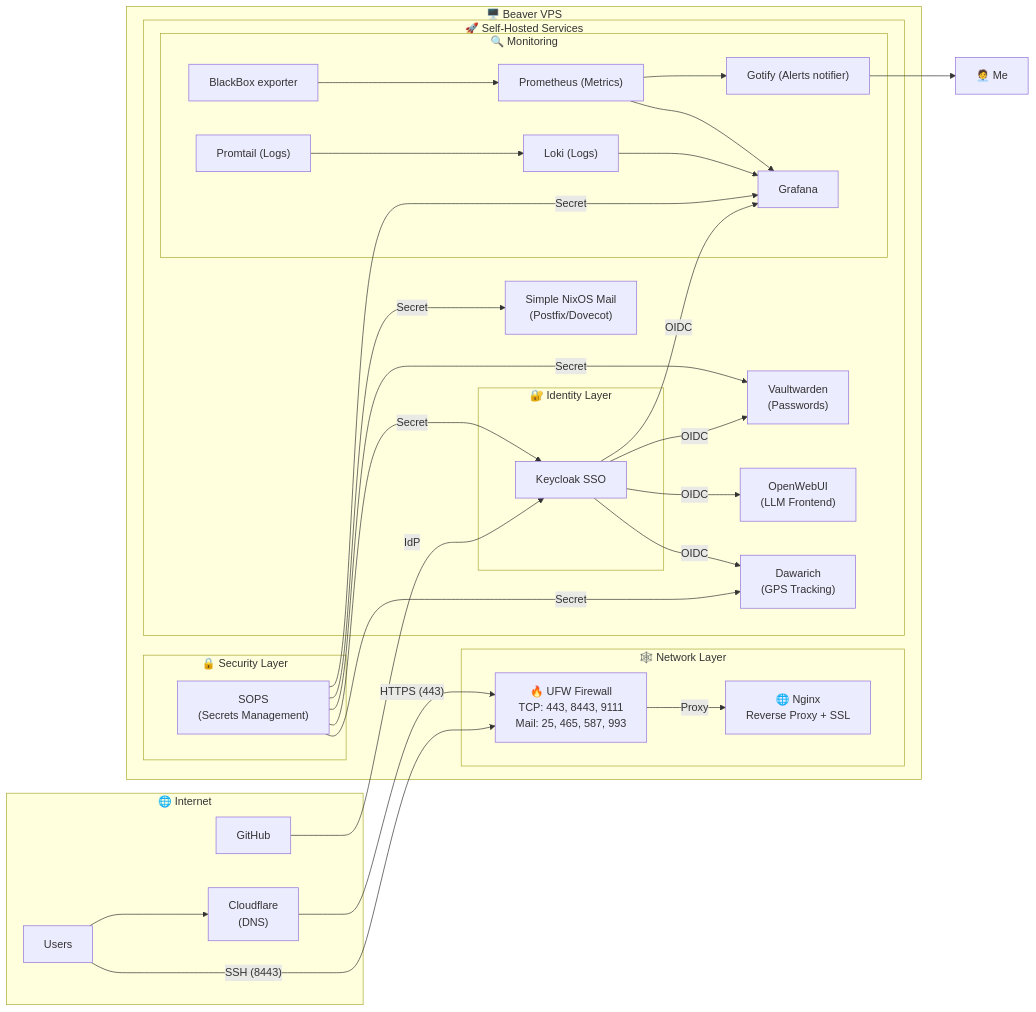
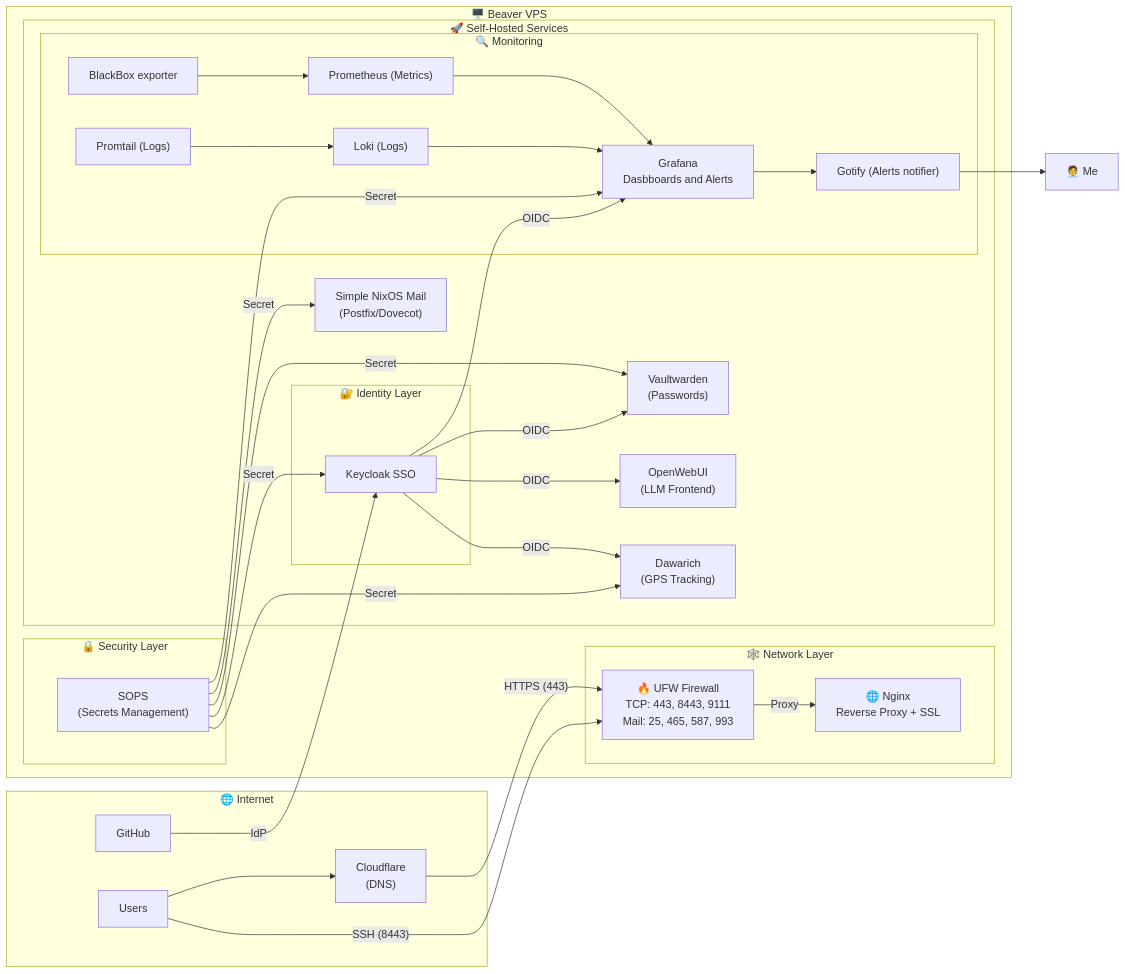
Before and after one commit to JustAlternate/nixcfg: the diagram in README.md, drawn with Mermaid. The commit also changed other lines of this file and 3 other files, not shown here.

````diff
--- a/README.md
+++ b/README.md
@@ -30,76 +33,76 @@
 ```mermaid
 flowchart LR
     Me["🧑‍💼 Me"]
     subgraph Internet["🌐 Internet"]
         Users["Users"]
         GitHub["GitHub"]
         Cloudflare["Cloudflare<br/>(DNS)"]
     end
 
     subgraph Beaver["🖥️ Beaver VPS"]
         
         subgraph Network["🕸️ Network Layer"]
             Firewall["🔥 UFW Firewall<br/>TCP: 443, 8443, 9111<br/>Mail: 25, 465, 587, 993"]
             Nginx["🌐 Nginx<br/>Reverse Proxy + SSL"]
         end
 
         subgraph Security["🔒 Security Layer"]
             Sops["SOPS<br/>(Secrets Management)"]
         end
 
         subgraph Services["🚀 Self-Hosted Services"]
             Vaultwarden["Vaultwarden<br/>(Passwords)"]
             OpenWebUI["OpenWebUI<br/>(LLM Frontend)"]
             Mail["Simple NixOS Mail<br/>(Postfix/Dovecot)"]
             Dawarich["Dawarich<br/>(GPS Tracking)"]
 
             subgraph Monitoring["🔍 Monitoring"]
                 Gotify["Gotify (Alerts notifier)"]
                 BlackBox["BlackBox exporter"]
                 Promtail["Promtail (Logs)"]
                 Loki["Loki (Logs)"]
                 Prometheus["Prometheus (Metrics)"]
-                Grafana["Grafana<br/>"]
+                Grafana["Grafana<br/>Dasbboards and Alerts"]
             end
 
             subgraph Auth["🔐 Identity Layer"]
                 Keycloak["Keycloak SSO<br/>"]
             end
         end
     end
 
     %% External Traffic
     Users --> Cloudflare
     Cloudflare -->|"HTTPS (443)"| Firewall
     Users -->|"SSH (8443)"| Firewall
 
     %% Internal Routing
     Firewall -->|"Proxy"| Nginx
 
     %% Monitoring Flow
     BlackBox --> Prometheus
     Prometheus --> Grafana
     Promtail --> Loki
     Loki --> Grafana
 
     Sops -->|"Secret"| Grafana
 
     Keycloak -->|"OIDC"| Grafana
 
     Sops -->|"Secret"| Vaultwarden
     Sops -->|"Secret"| Mail
     Sops -->|"Secret"| Keycloak
 
     GitHub -->|"IdP"| Keycloak
 
     %% Auth Flow
     Keycloak -->|"OIDC"| OpenWebUI
     Keycloak -->|"OIDC"| Dawarich
     Keycloak -->|"OIDC"| Vaultwarden
 
     Sops -->|"Secret"| Dawarich
 
-    Prometheus --> Gotify
+    Grafana --> Gotify
     Gotify --> Me
 
 ```
````
